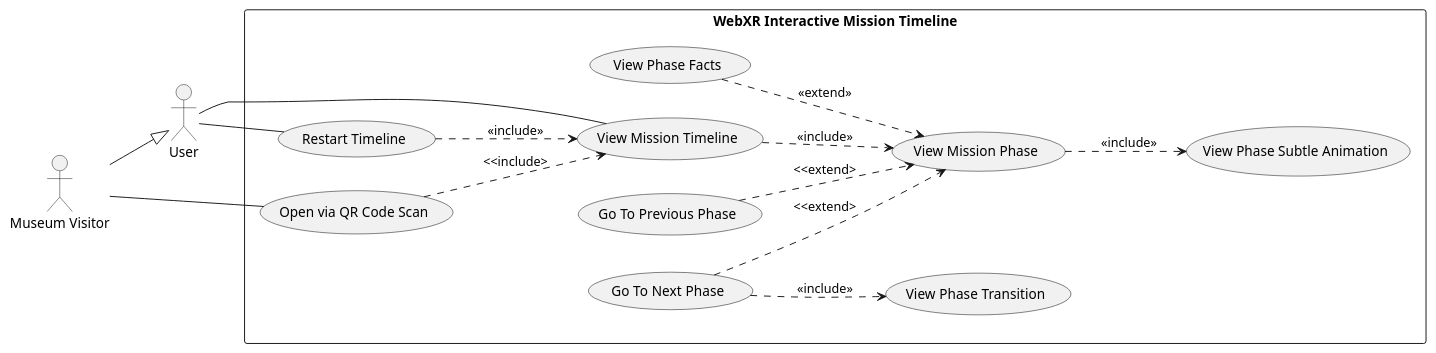
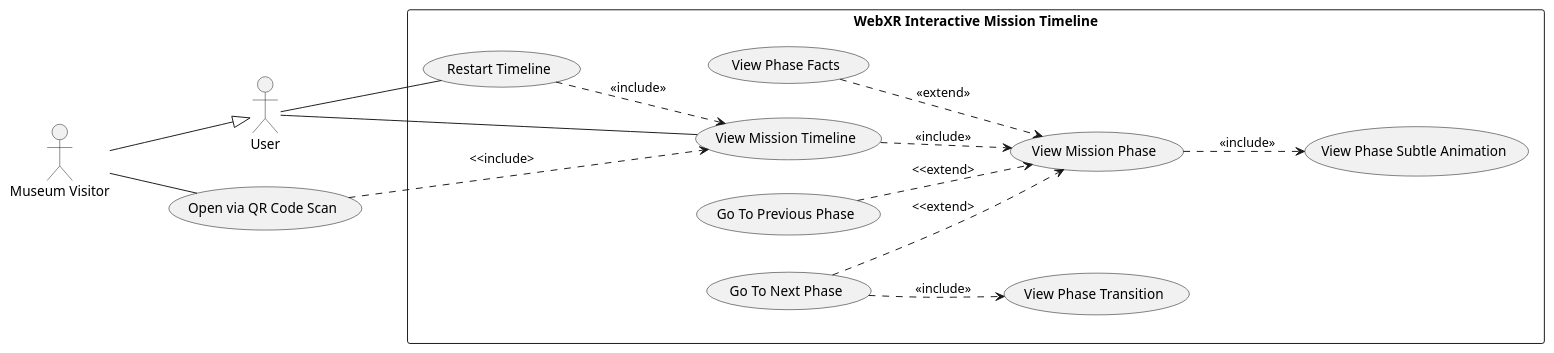
Before and after one commit to MissionToPsyche/tungsten_01b_ar_xr-psb: the diagram in diagrams/WebXR_Interactive_Mission_Timeline.puml, drawn with PlantUML.

Commit message:
move QR usecase out of system

```diff
--- a/diagrams/WebXR_Interactive_Mission_Timeline.puml
+++ b/diagrams/WebXR_Interactive_Mission_Timeline.puml
@@ -1,37 +1,39 @@
 @startuml
 
 left to right direction
 actor "Museum Visitor" as muser
 actor "User" as user
 
  skinparam usecase {
     BorderColor black
     FontName Arial
  }
+usecase "Open via QR Code Scan" as ovQRcs
+
 rectangle "WebXR Interactive Mission Timeline" as simulator {
     usecase "Restart Timeline" as rt
     usecase "View Mission Timeline" as vmt
-    usecase "Open via QR Code Scan" as ovQRcs
+   
     usecase "Go To Previous Phase" as gtpp
     usecase "View Mission Phase" as vmp
     usecase "Go To Next Phase" as gtnp
     usecase "View Phase Facts" as vpf
     usecase "View Phase Subtle Animation" as vpsa
     usecase "View Phase Transition" as vpt
 
     muser --|> user
     muser -- ovQRcs
     user -- rt 
     user -- vmt
     rt ..> vmt: <<include>>
     ovQRcs ..> vmt: <<include>
     vmt ..> vmp: <<include>>
     gtpp ..> vmp: <<extend>
     gtnp ..> vmp: <<extend>
     vpf ..> vmp: <<extend>>
     vmp ..> vpsa: <<include>>
     gtnp ..> vpt: <<include>>
 
 }
 
 @enduml
```
